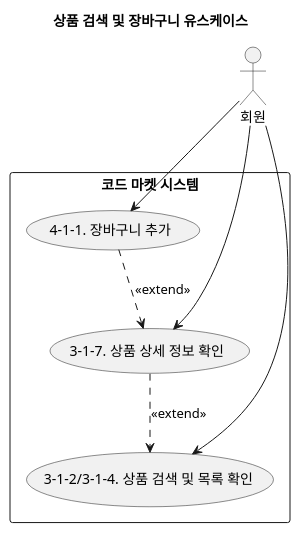
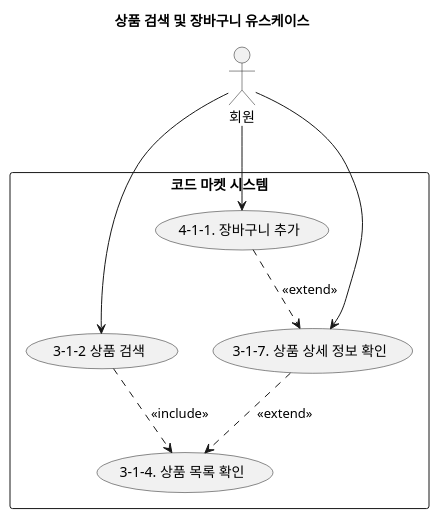
The diagram in docs/usecase/usecase_search_cart.puml (f-lab-edu/code-market), drawn with PlantUML before and after one commit. The commit also changed 1 other file, not shown here.

Commit message:
fix(docs): 유스케이스 수정 - UI 문맥상의 의미를 가지던 로그인 유스케이스 다이어그램 삭제 (상위 레벨의 다이어그램만 유지) - 기존의 상품 검색 다이어그램 케이스 분리, 상품 검색과 목록 분리

```diff
--- a/docs/usecase/usecase_search_cart.puml
+++ b/docs/usecase/usecase_search_cart.puml
@@ -1,21 +1,23 @@
 @startuml
 title 상품 검색 및 장바구니 유스케이스
 
 actor "회원" as Member
 
 rectangle "코드 마켓 시스템" {
-  usecase "3-1-2/3-1-4. 상품 검색 및 목록 확인" as UC_Search
+  usecase "3-1-2 상품 검색" as UC_Search
+  usecase "3-1-4. 상품 목록 확인" as UC_ViewList
   usecase "3-1-7. 상품 상세 정보 확인" as UC_ViewDetail
   usecase "4-1-1. 장바구니 추가" as UC_AddCart
 }
 
 Member --> UC_Search
 Member --> UC_ViewDetail
 Member --> UC_AddCart
 
+UC_Search ..> UC_ViewList : <<include>>
+
 ' 상세 정보 확인은 목록 확인 중 선택적으로 발생
-UC_ViewDetail ..> UC_Search : <<extend>>
+UC_ViewDetail ..> UC_ViewList : <<extend>>
 
-' 만약 상세페이지에서만 장바구니 추가가 가능하다면 아래 주석 해제
  UC_AddCart ..> UC_ViewDetail : <<extend>>
 @enduml
```
